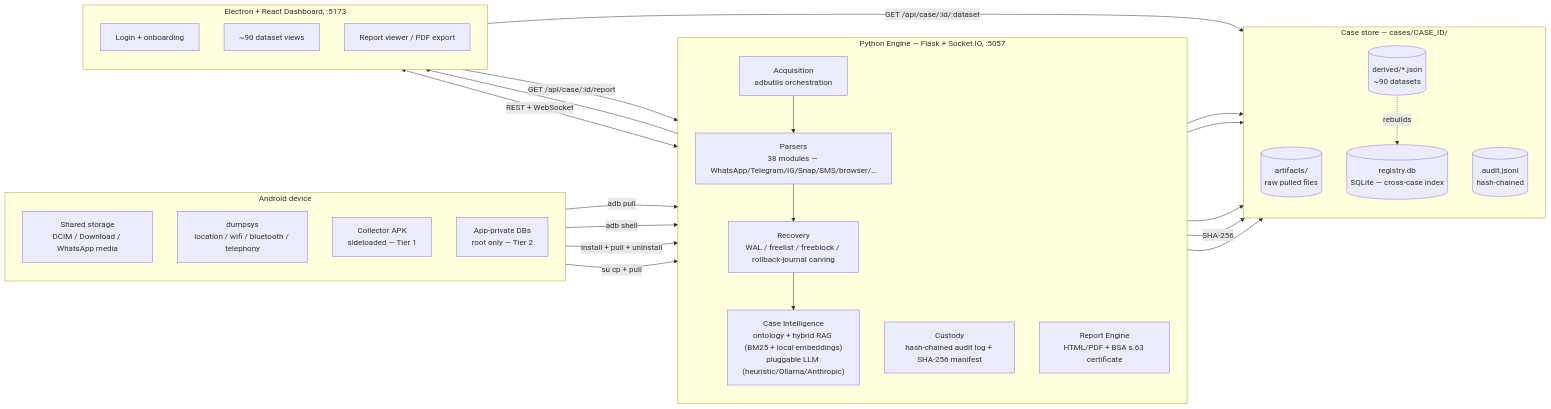
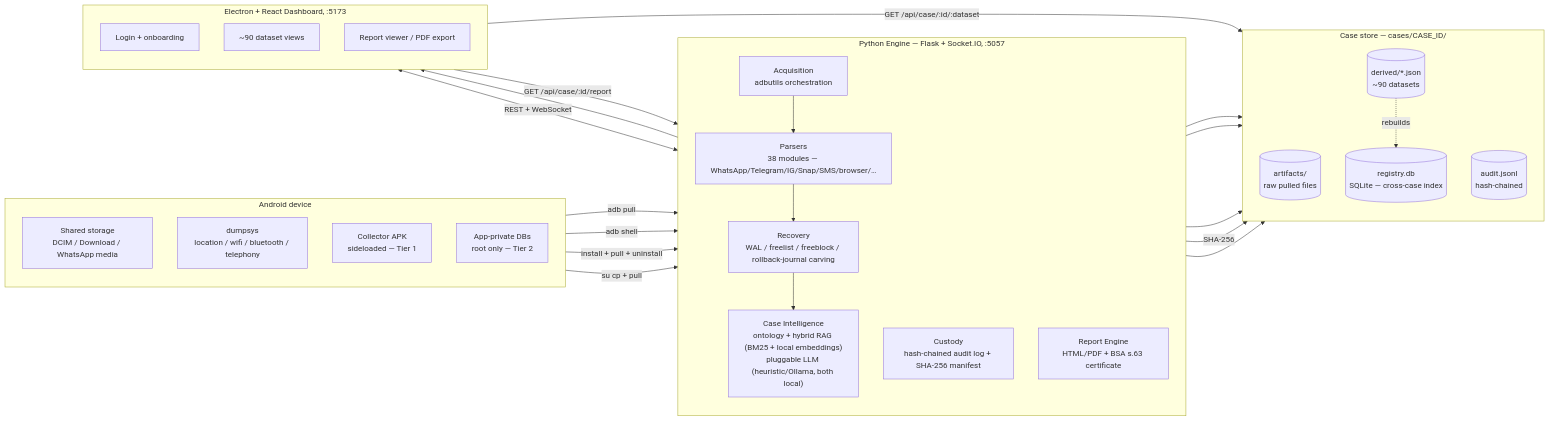
The third of 3 diagrams in docs/ARCHITECTURE.md (Punya23/Android_Forensic), drawn with Mermaid before and after one commit. The commit also changed 10 other files, not shown here.

First line of the commit message:
fix: remove cloud/Anthropic LLM provider option

````diff
--- a/docs/ARCHITECTURE.md
+++ b/docs/ARCHITECTURE.md
@@ -73,54 +73,54 @@
 ```mermaid
 flowchart LR
     subgraph DEV["Android device"]
         direction TB
         A["Shared storage<br/>DCIM / Download / WhatsApp media"]
         B["dumpsys<br/>location / wifi / bluetooth / telephony"]
         C["Collector APK<br/>sideloaded — Tier 1"]
         Dd["App-private DBs<br/>root only — Tier 2"]
     end
 
     subgraph ENG["Python Engine — Flask + Socket.IO, :5057"]
         direction TB
         E1["Acquisition<br/>adbutils orchestration"]
         E2["Parsers<br/>38 modules — WhatsApp/Telegram/IG/Snap/SMS/browser/…"]
         E3["Recovery<br/>WAL / freelist / freeblock / rollback-journal carving"]
-        E4["Case Intelligence<br/>ontology + hybrid RAG (BM25 + local embeddings)<br/>pluggable LLM (heuristic/Ollama/Anthropic)"]
+        E4["Case Intelligence<br/>ontology + hybrid RAG (BM25 + local embeddings)<br/>pluggable LLM (heuristic/Ollama, both local)"]
         E5["Custody<br/>hash-chained audit log + SHA-256 manifest"]
         E6["Report Engine<br/>HTML/PDF + BSA s.63 certificate"]
     end
 
     subgraph DASH["Electron + React Dashboard, :5173"]
         direction TB
         F1["Login + onboarding"]
         F2["~90 dataset views"]
         F3["Report viewer / PDF export"]
     end
 
     subgraph STORE["Case store — cases/CASE_ID/"]
         direction TB
         G1[("artifacts/<br/>raw pulled files")]
         G2[("derived/*.json<br/>~90 datasets")]
         G3[("audit.jsonl<br/>hash-chained")]
         G4[("registry.db<br/>SQLite — cross-case index")]
     end
 
     A -->|adb pull| E1
     B -->|adb shell| E1
     C -->|install + pull + uninstall| E1
     Dd -->|su cp + pull| E1
 
     E1 --> E2 --> E3 --> E4
     E2 --> G2
     E3 --> G2
     E4 --> G2
     E1 -->|SHA-256| G1
     E5 --> G3
     E6 --> F3
 
     E1 <-->|REST + WebSocket| F1
     F2 -->|GET /api/case/:id/:dataset| G2
     F3 -->|GET /api/case/:id/report| E6
 
     G2 -.rebuilds.-> G4
 ```
````
